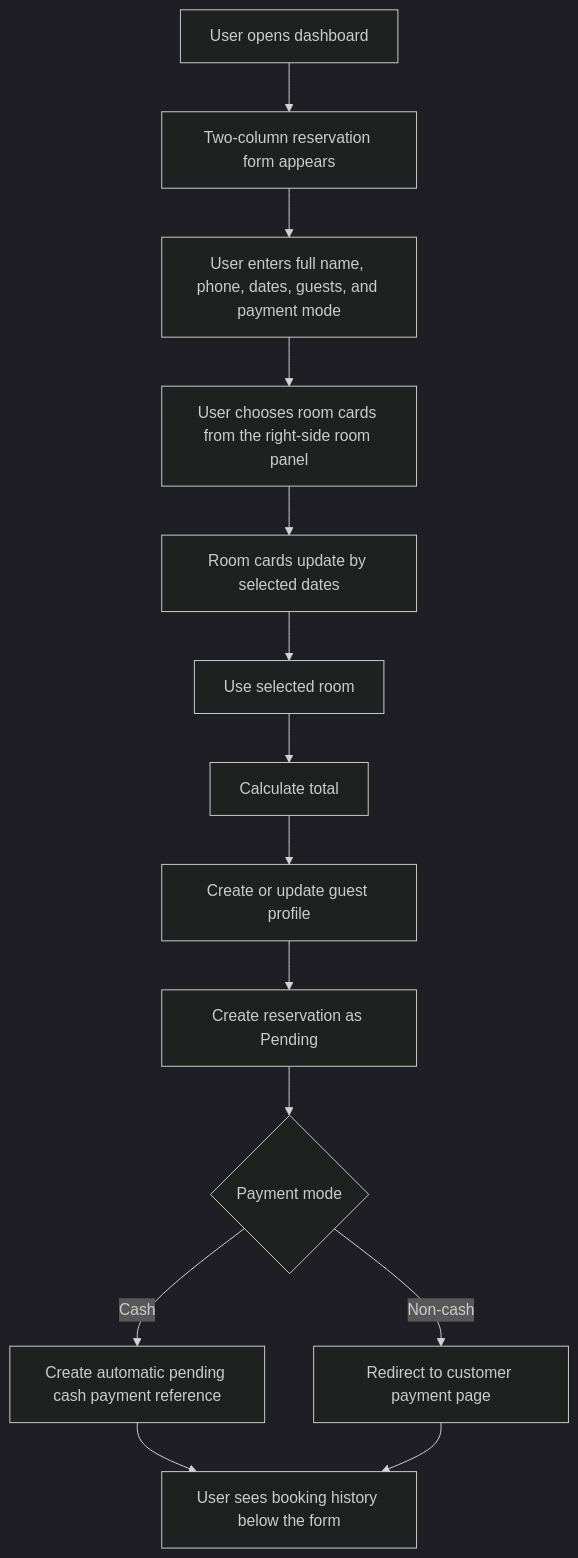
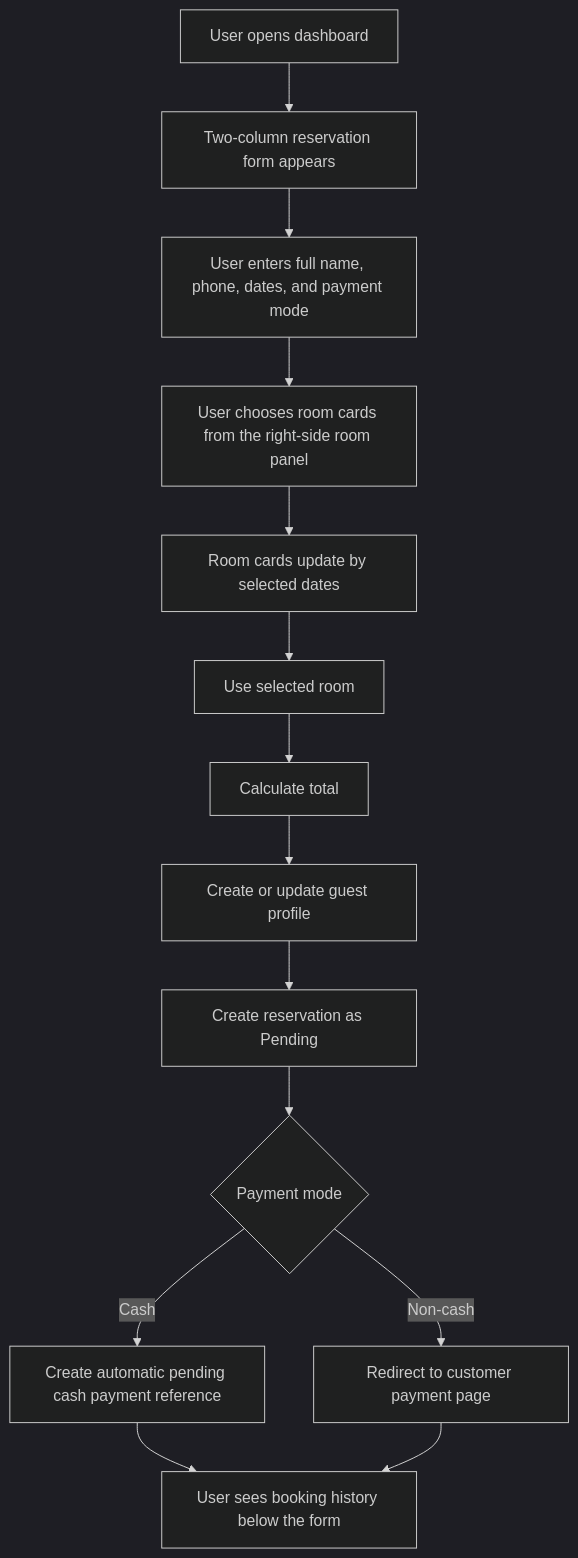
The sixth of 13 diagrams in docs/project-explanation-guide.md (WizardOfXerox/Emperor-Hotel), drawn with Mermaid (dark theme) before and after one commit. The commit also changed other lines of this file and 24 other files, not shown here.

````diff
--- a/docs/project-explanation-guide.md
+++ b/docs/project-explanation-guide.md
@@ -525,16 +525,16 @@
 ```mermaid
 flowchart TD
     A[User opens dashboard] --> B[Two-column reservation form appears]
-    B --> C[User enters full name, phone, dates, guests, and payment mode]
+    B --> C[User enters full name, phone, dates, and payment mode]
     C --> D[User chooses room cards from the right-side room panel]
     D --> D1[Room cards update by selected dates]
     D1 --> E[Use selected room]
     E --> H[Calculate total]
     H --> I[Create or update guest profile]
     I --> J[Create reservation as Pending]
     J --> K{Payment mode}
     K -->|Cash| L[Create automatic pending cash payment reference]
     K -->|Non-cash| M[Redirect to customer payment page]
     L --> N[User sees booking history below the form]
     M --> N
 ```
````
